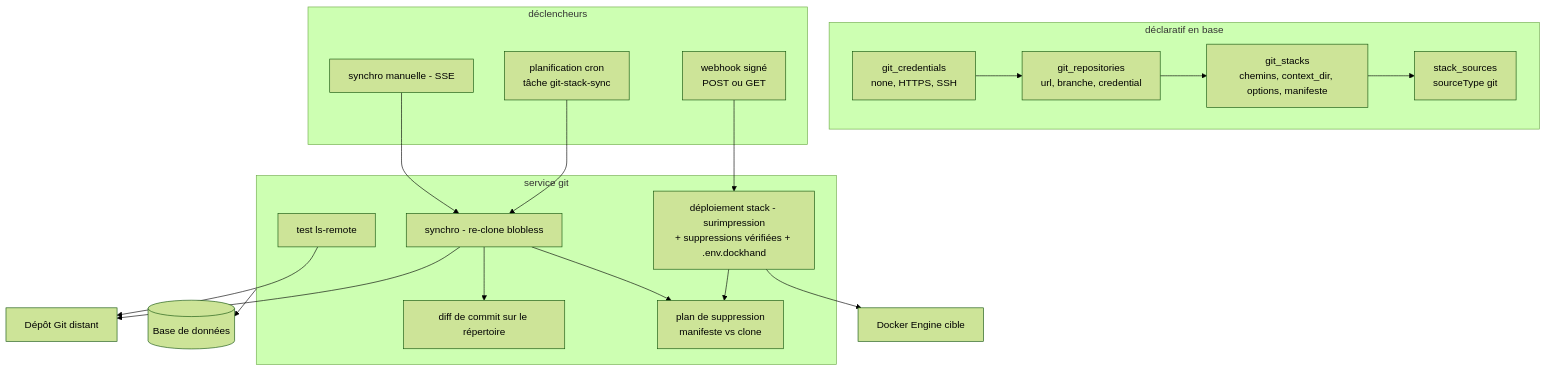
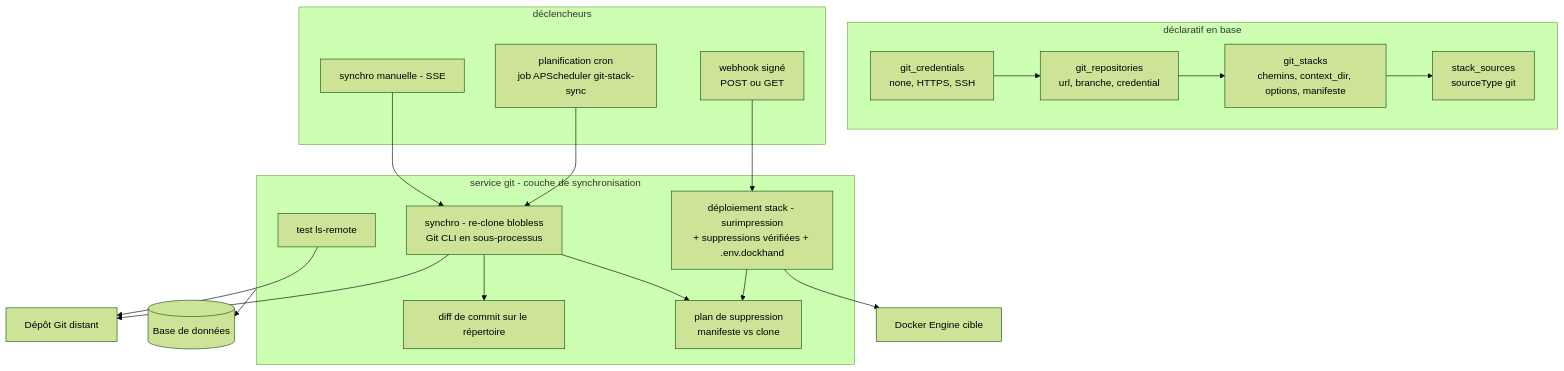
One commit to stefapi/windflow changed the first of 2 diagrams in docs/spec_dockhand_reference/07-git.md. Above: the diagram before and after it, drawn with Mermaid (forest theme). The commit also changed other lines of this file and 15 other files, not shown here.

````diff
--- a/docs/spec_dockhand_reference/07-git.md
+++ b/docs/spec_dockhand_reference/07-git.md
@@ -41,39 +37,39 @@
 ```mermaid
 flowchart TB
     subgraph Declaratif[ déclaratif en base ]
         CRED[git_credentials<br/>none, HTTPS, SSH]
         REPO[git_repositories<br/>url, branche, credential]
         GS[git_stacks<br/>chemins, context_dir, options, manifeste]
         SRC[stack_sources<br/>sourceType git]
     end
 
     subgraph Declencheurs[ déclencheurs ]
         MANUEL[synchro manuelle - SSE]
-        CRON[planification cron<br/>tâche git-stack-sync]
+        CRON[planification cron<br/>job APScheduler git-stack-sync]
         HOOK[webhook signé<br/>POST ou GET]
     end
 
-    subgraph Service[ service git ]
+    subgraph Service[ service git - couche de synchronisation ]
         TEST[test ls-remote]
-        SYNC[synchro - re-clone blobless]
+        SYNC[synchro - re-clone blobless<br/>Git CLI en sous-processus]
         DIFF[diff de commit sur le répertoire]
         DELET[plan de suppression<br/>manifeste vs clone]
         DEPLOY[déploiement stack - surimpression<br/>+ suppressions vérifiées + .env.dockhand]
     end
 
     R[Dépôt Git distant]
     B[(Base de données)]
     D[Docker Engine cible]
 
     CRED --> REPO --> GS --> SRC
     MANUEL --> SYNC
     CRON --> SYNC
     HOOK --> DEPLOY
     TEST --> R
     SYNC --> R
     SYNC --> DIFF
     SYNC --> DELET
     DEPLOY --> DELET
     DEPLOY --> D
     Service --> B
 ```
````
